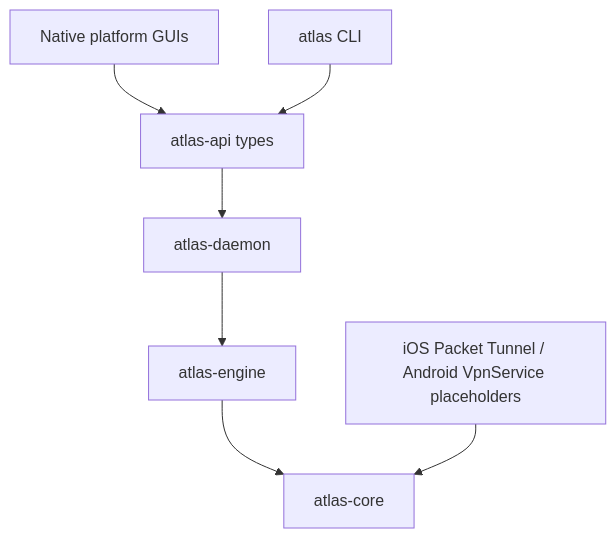
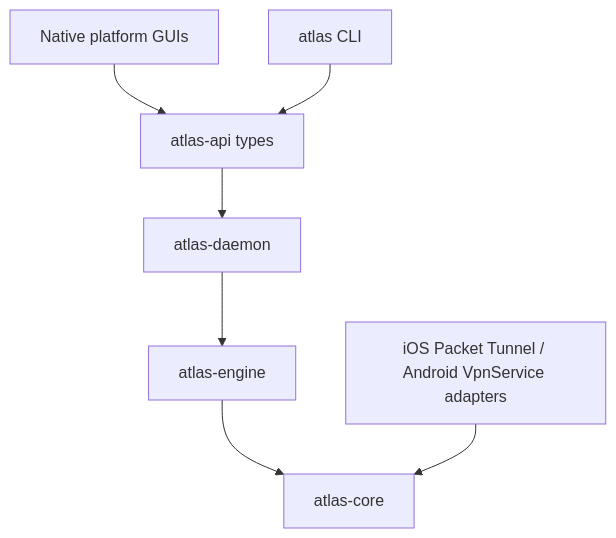
The diagram in README.md (NeonCore-AU/NeonCore-Atlas), drawn with Mermaid before and after one commit. The commit also changed other lines of this file and 25 other files, not shown here.

````diff
--- a/README.md
+++ b/README.md
@@ -9,9 +9,9 @@
 ```mermaid
 flowchart TD
     GUI[Native platform GUIs] --> API[atlas-api types]
     CLI[atlas CLI] --> API
     API --> Daemon[atlas-daemon]
     Daemon --> Engine[atlas-engine]
     Engine --> Core[atlas-core]
-    Mobile[iOS Packet Tunnel / Android VpnService placeholders] --> Core
+    Mobile[iOS Packet Tunnel / Android VpnService adapters] --> Core
 ```
````
